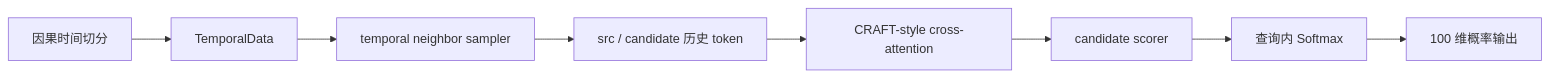
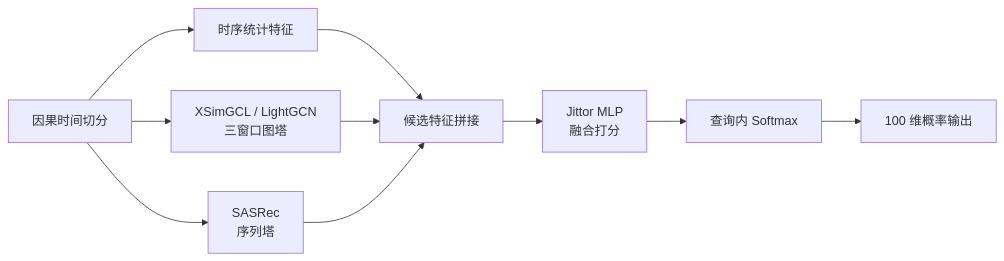
The fourth of 4 diagrams in docs/research/problem-overview.md (Puiching-Memory/jittor-GPNUT1-JGRec), drawn with Mermaid before and after one commit. The commit also changed other lines of this file and 40 other files, not shown here.

````diff
--- a/docs/research/problem-overview.md
+++ b/docs/research/problem-overview.md
@@ -270,10 +270,12 @@
 ```mermaid
 flowchart LR
-    A["因果时间切分"] --> B["TemporalData"]
-    B --> C["temporal neighbor sampler"]
-    C --> D["src / candidate 历史 token"]
-    D --> E["CRAFT-style cross-attention"]
-    E --> F["candidate scorer"]
+    A["因果时间切分"] --> B["时序统计特征"]
+    A --> C["XSimGCL / LightGCN<br/>三窗口图塔"]
+    A --> D["SASRec<br/>序列塔"]
+    B --> E["候选特征拼接"]
+    C --> E
+    D --> E
+    E --> F["Jittor MLP<br/>融合打分"]
     F --> G["查询内 Softmax"]
     G --> H["100 维概率输出"]
 ```
````
